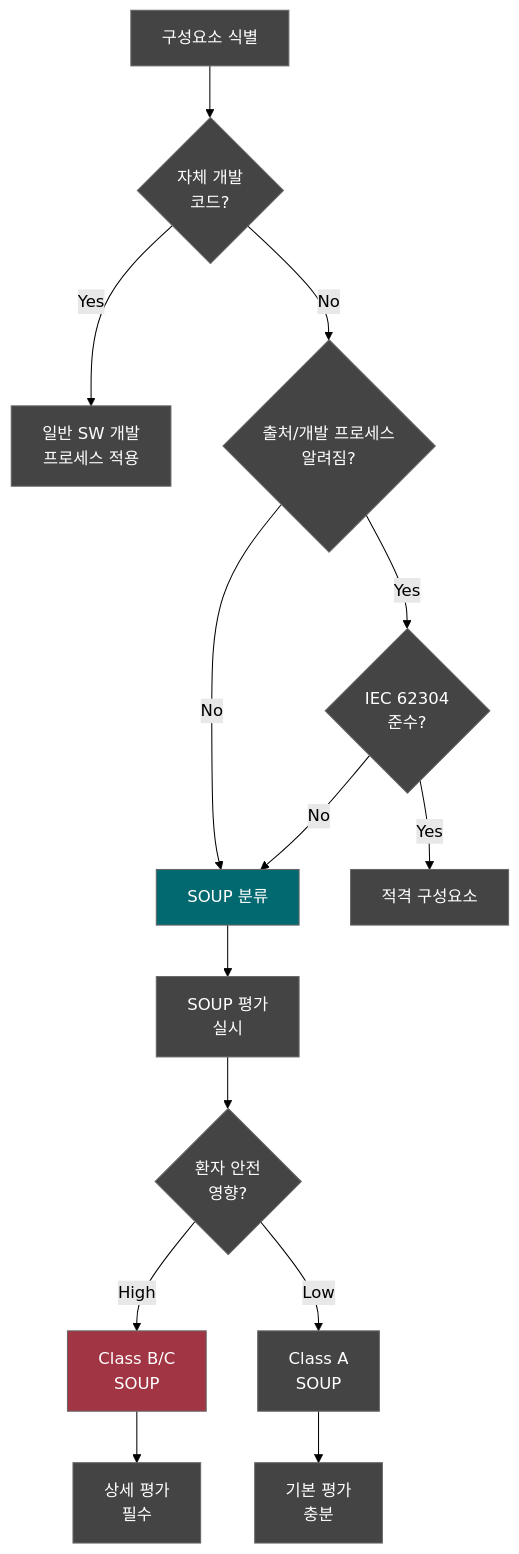
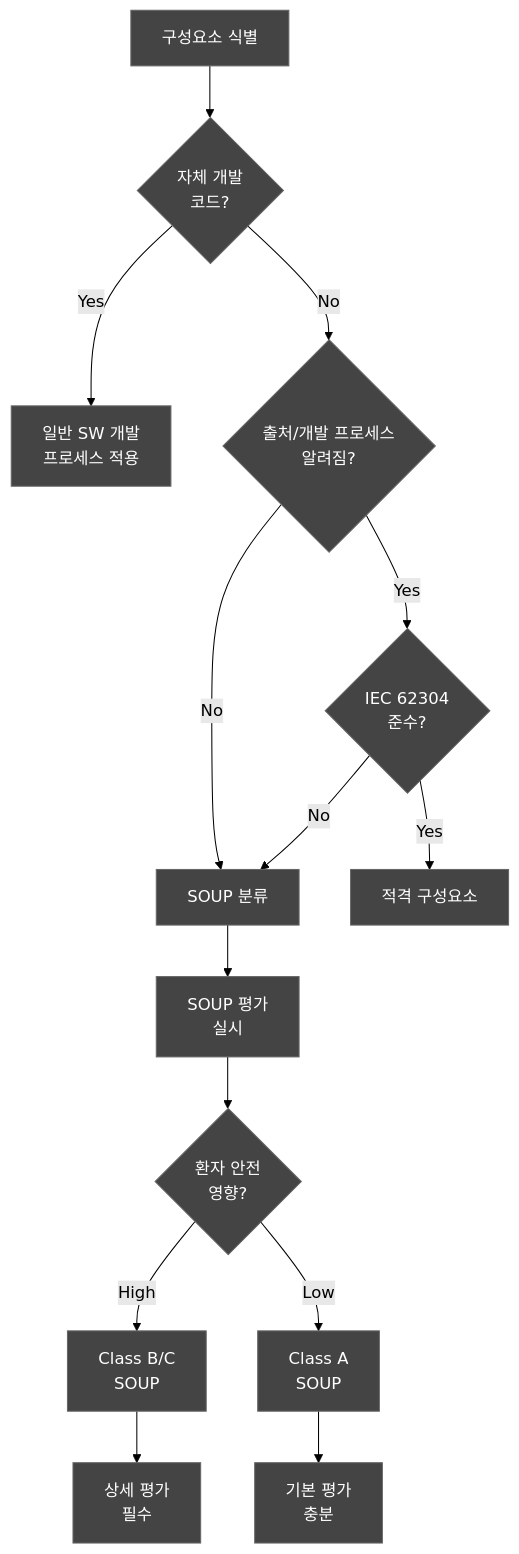
One commit to holee9/console-gui changed the fourth of 5 diagrams in docs/regulatory/DOC-019_SBOM_v1.0.md. Above: the diagram before and after it, drawn with Mermaid (forest theme). The commit also changed other lines of this file and 35 other files, not shown here.

First line of the commit message:
fix: 전체 Mermaid 차트 색상 진한 회색 통일

````diff
--- a/docs/regulatory/DOC-019_SBOM_v1.0.md
+++ b/docs/regulatory/DOC-019_SBOM_v1.0.md
@@ -322,20 +322,20 @@
 ```mermaid
 flowchart TD
     A[구성요소 식별] --> B{자체 개발<br/>코드?}
     B -->|Yes| C[일반 SW 개발<br/>프로세스 적용]
     B -->|No| D{출처/개발 프로세스<br/>알려짐?}
     D -->|Yes| E{IEC 62304<br/>준수?}
     D -->|No| F[SOUP 분류]
     E -->|Yes| G[적격 구성요소]
     E -->|No| F
     F --> H[SOUP 평가<br/>실시]
     H --> I{환자 안전<br/>영향?}
     I -->|High| J[Class B/C<br/>SOUP]
     I -->|Low| K[Class A<br/>SOUP]
     J --> L[상세 평가<br/>필수]
     K --> M[기본 평가<br/>충분]
     
     classDef default fill:#444,stroke:#666,color:#fff
-    style F fill:#01696F,color:#fff
-    style J fill:#A13544,color:#fff
+    style F fill:#444,color:#fff
+    style J fill:#444,color:#fff
 ```
````
